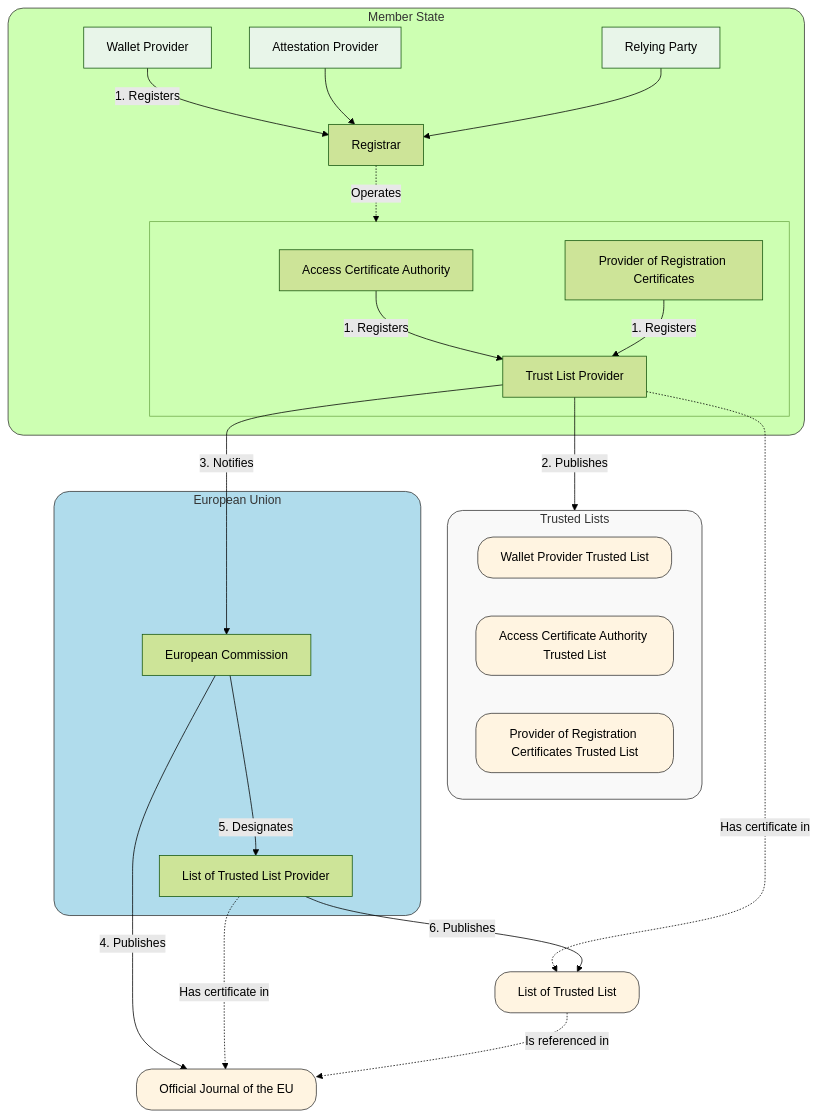
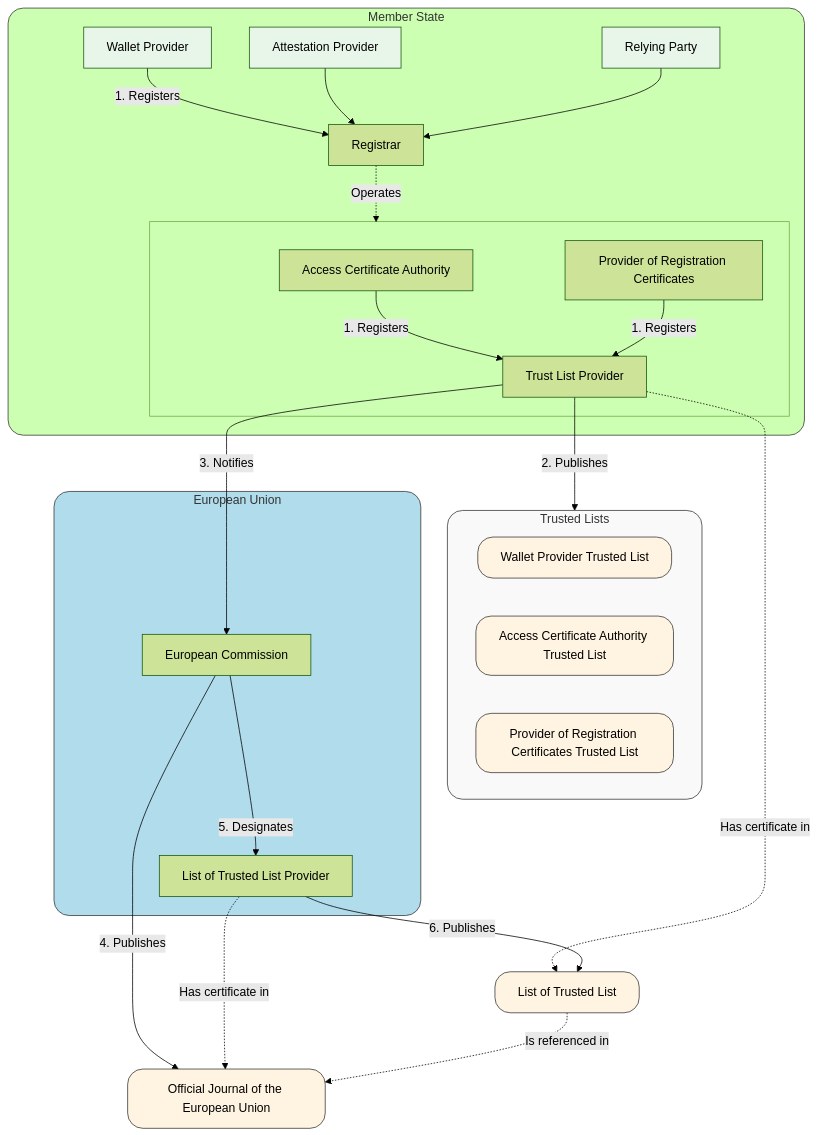
The second of 3 diagrams in topics/trust-architecture.md (APTITUDE-Consortium/wp2-trust-specifications), drawn with Mermaid (forest theme) before and after one commit. The commit also changed other lines of this file, not shown here.

````diff
--- a/topics/trust-architecture.md
+++ b/topics/trust-architecture.md
@@ -105,62 +109,62 @@
 ```mermaid
 graph TB
     %% Participants
 
     subgraph MS["Member State"]
         AP["Attestation Provider"]
         RP[Relying Party]
         WP["Wallet Provider"]
         Registrar
         subgraph Child[" "]
             ACA["Access Certificate Authority"]
             RCP["Provider of Registration Certificates"]
             MSTLSO["Trust List Provider"]
         end
     end
 
 
     subgraph TL["Trusted Lists"]
         WPTL[Wallet Provider Trusted List]
         ACATL[Access Certificate Authority Trusted List]
         RCPTL[Provider of Registration Certificates Trusted List]
     end
     
     subgraph eu["European Union"]
         EC["European Commission"]
         LoTLSO["List of Trusted List Provider"]
     end
 
     LoTL["List of Trusted List"]
-    OJEU["Official Journal of the EU"]
+    OJEU["Official Journal of the European Union"]
 
     %% --- Styles ---
 
     style eu fill:#b0dcec,stroke:#333,stroke-width:1px,rx:20,ry:20
     style MS stroke:#333,stroke-width:1px,rx:20,ry:20
     style TL fill:#f9f9f9,stroke:#333,stroke-width:1px,rx:20,ry:20
     style WPTL fill:#fff4e1,stroke:#333,stroke-width:1px,rx:20,ry:20
     style ACATL fill:#fff4e1,stroke:#333,stroke-width:1px,rx:20,ry:20
     style RCPTL fill:#fff4e1,stroke:#333,stroke-width:1px,rx:20,ry:20
     style OJEU fill:#fff4e1,stroke:#333,stroke-width:1px,rx:20,ry:20
     style LoTL fill:#fff4e1,stroke:#333,stroke-width:1px,rx:20,ry:20
     style WP fill:#e8f5e9
     style AP fill:#e8f5e9
     style RP fill:#e8f5e9
 
     %% --- Connections ---
 
     WP -->|1. Registers| Registrar
     AP --> Registrar
     RP --> Registrar
     Registrar -.->|Operates| Child
     ACA -->|1. Registers| MSTLSO
     RCP -->|1. Registers| MSTLSO
     MSTLSO -->|2. Publishes| TL
     MSTLSO -->|3. Notifies| EC
     MSTLSO -.->|Has certificate in| LoTL
     EC --> |4. Publishes| OJEU
     EC -->|5. Designates| LoTLSO
     LoTLSO -->|6. Publishes| LoTL
     LoTLSO -.->|Has certificate in| OJEU 
     LoTL -.->|Is referenced in| OJEU 
 ```
````
